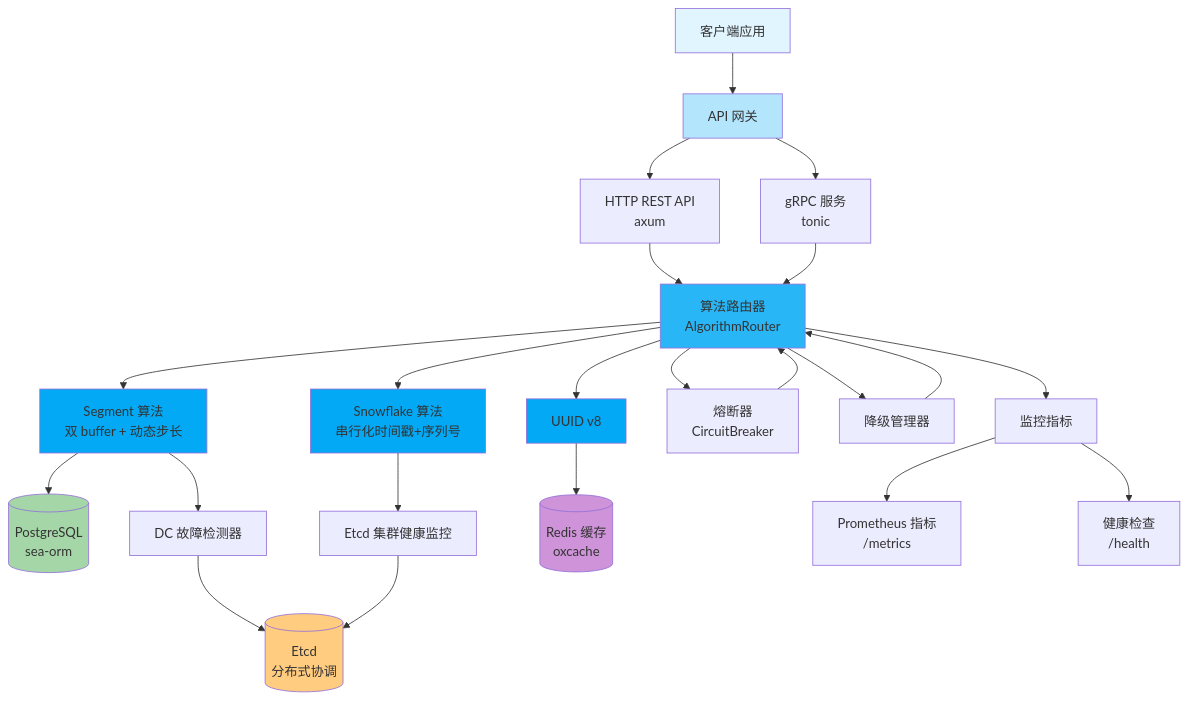
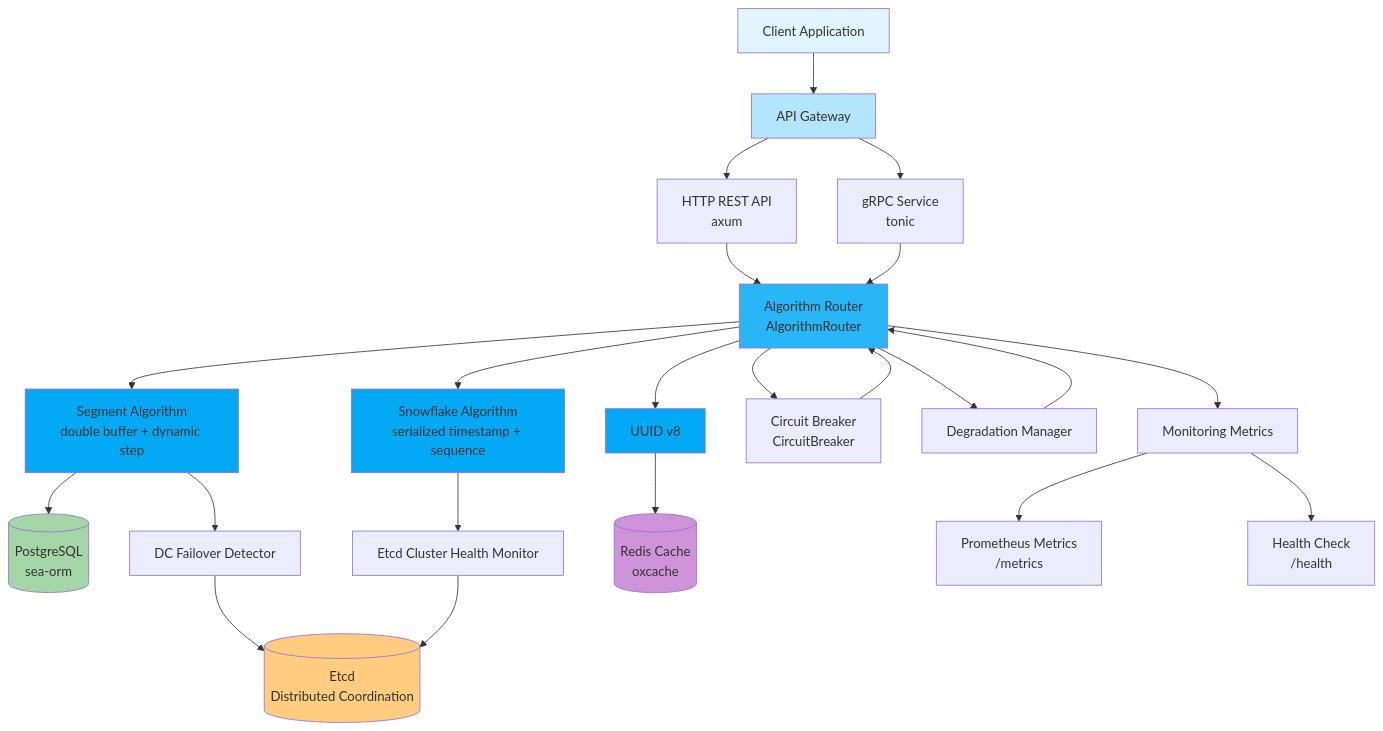
Before and after one commit to Kirky-X/NebulaId: the first of 7 diagrams in docs/en/ARCHITECTURE.md, drawn with Mermaid. The commit also changed other lines of this file and 15 other files, not shown here.

````diff
--- a/docs/en/ARCHITECTURE.md
+++ b/docs/en/ARCHITECTURE.md
@@ -23,40 +23,40 @@
 ```mermaid
 graph TB
-    Client[客户端应用] --> Gateway[API 网关]
+    Client[Client Application] --> Gateway[API Gateway]
     Gateway --> HTTP[HTTP REST API<br/>axum]
-    Gateway --> gRPC[gRPC 服务<br/>tonic]
-    HTTP --> Router[算法路由器<br/>AlgorithmRouter]
+    Gateway --> gRPC[gRPC Service<br/>tonic]
+    HTTP --> Router[Algorithm Router<br/>AlgorithmRouter]
     gRPC --> Router
 
-    Router --> Seg[Segment 算法<br/>双 buffer + 动态步长]
-    Router --> Snow[Snowflake 算法<br/>串行化时间戳+序列号]
+    Router --> Seg[Segment Algorithm<br/>double buffer + dynamic step]
+    Router --> Snow[Snowflake Algorithm<br/>serialized timestamp + sequence]
     Router --> UUID[UUID v8]
 
     Seg --> DB[(PostgreSQL<br/>sea-orm)]
-    Seg --> DcDetector[DC 故障检测器]
-    Snow --> EtcdCluster[Etcd 集群健康监控]
-    UUID --> Cache[(Redis 缓存<br/>oxcache)]
+    Seg --> DcDetector[DC Failover Detector]
+    Snow --> EtcdCluster[Etcd Cluster Health Monitor]
+    UUID --> Cache[(Redis Cache<br/>oxcache)]
 
-    Router --> CB[熔断器<br/>CircuitBreaker]
-    Router --> Degrade[降级管理器]
-    Router --> Monitor[监控指标]
+    Router --> CB[Circuit Breaker<br/>CircuitBreaker]
+    Router --> Degrade[Degradation Manager]
+    Router --> Monitor[Monitoring Metrics]
 
     CB --> Router
     Degrade --> Router
 
-    DcDetector --> Etcd[(Etcd<br/>分布式协调)]
+    DcDetector --> Etcd[(Etcd<br/>Distributed Coordination)]
     EtcdCluster --> Etcd
 
-    Monitor --> Metrics[Prometheus 指标<br/>/metrics]
-    Monitor --> Health[健康检查<br/>/health]
+    Monitor --> Metrics[Prometheus Metrics<br/>/metrics]
+    Monitor --> Health[Health Check<br/>/health]
 
     style Client fill:#e1f5ff
     style Gateway fill:#b3e5fc
     style Router fill:#29b6f6
     style Seg fill:#03a9f4
     style Snow fill:#03a9f4
     style UUID fill:#03a9f4
     style DB fill:#a5d6a7
     style Etcd fill:#ffcc80
     style Cache fill:#ce93d8
 ```
````
